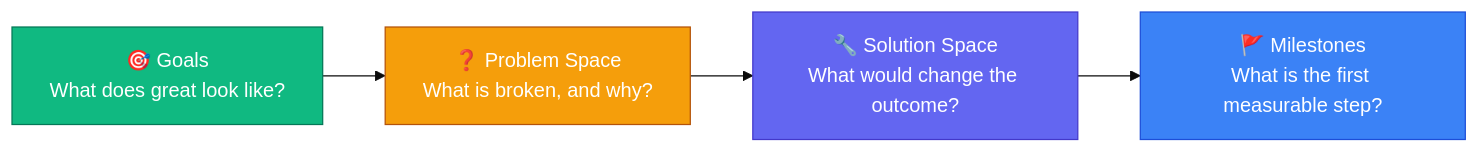
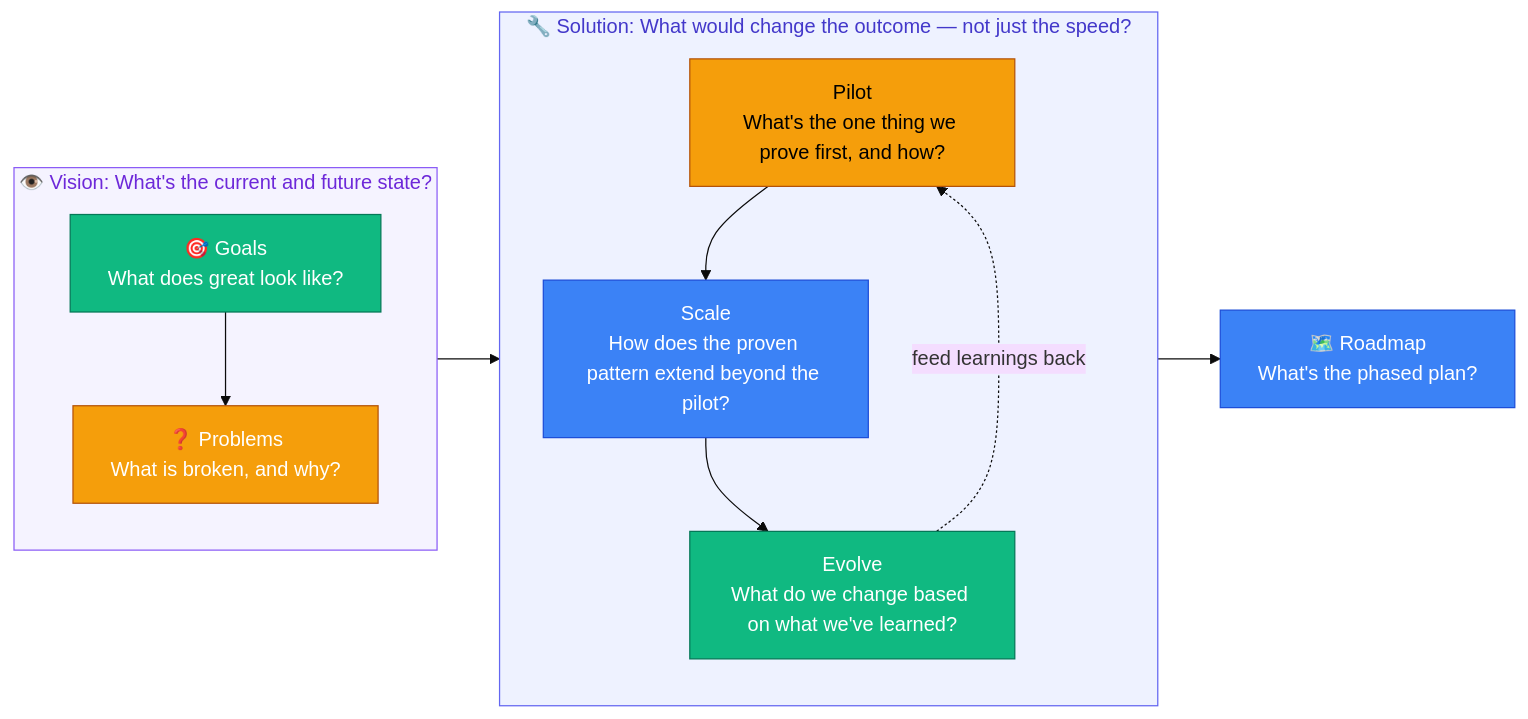
Before and after one commit to DataArt/adlc-discovery-tool: the diagram in docs/AI SDLC/01 Process/01 Overview.md, drawn with Mermaid (base theme). The commit also changed other lines of this file and 17 other files, not shown here.

````diff
--- a/docs/AI SDLC/01 Process/01 Overview.md
+++ b/docs/AI SDLC/01 Process/01 Overview.md
@@ -9,19 +9,36 @@
 ```mermaid
 flowchart LR
-    G["🎯 Goals\nWhat does great look like?"]
-    P["❓ Problem Space\nWhat is broken, and why?"]
-    S["🔧 Solution Space\nWhat would change the outcome?"]
-    M["🚩 Milestones\nWhat is the first measurable step?"]
+    subgraph VisionGroup["👁️ Vision: What's the current and future state?"]
+        direction TB
+        G["🎯 Goals\nWhat does great look like?"]
+        P["❓ Problems\nWhat is broken, and why?"]
+        G --> P
+    end
 
-    G --> P --> S --> M
+    subgraph SolutionGroup["🔧 Solution: What would change the outcome — not just the speed?"]
+        direction TB
+        Pi["Pilot\nWhat's the one thing we prove first, and how?"] --> Sc["Scale\nHow does the proven pattern extend beyond the pilot?"] --> Ev["Evolve\nWhat do we change based on what we've learned?"]
+        Ev -.->|"feed learnings back"| Pi
+    end
+
+    R["🗺️ Roadmap\nWhat's the phased plan?"]
+
+    VisionGroup --> SolutionGroup --> R
 
     classDef goals fill:#10B981,stroke:#047857,color:#fff
     classDef problem fill:#F59E0B,stroke:#B45309,color:#fff
-    classDef solution fill:#6366F1,stroke:#4338CA,color:#fff
-    classDef milestones fill:#3B82F6,stroke:#1D4ED8,color:#fff
+    classDef pilot fill:#F59E0B,stroke:#B45309,color:#000
+    classDef scale fill:#3B82F6,stroke:#1D4ED8,color:#fff
+    classDef evolve fill:#10B981,stroke:#047857,color:#fff
+    classDef roadmap fill:#3B82F6,stroke:#1D4ED8,color:#fff
 
     class G goals
     class P problem
-    class S solution
-    class M milestones
+    class Pi pilot
+    class Sc scale
+    class Ev evolve
+    class R roadmap
+
+    style VisionGroup fill:#F5F3FF,stroke:#8B5CF6,color:#6D28D9
+    style SolutionGroup fill:#EEF2FF,stroke:#6366F1,color:#4338CA
 ```
````
